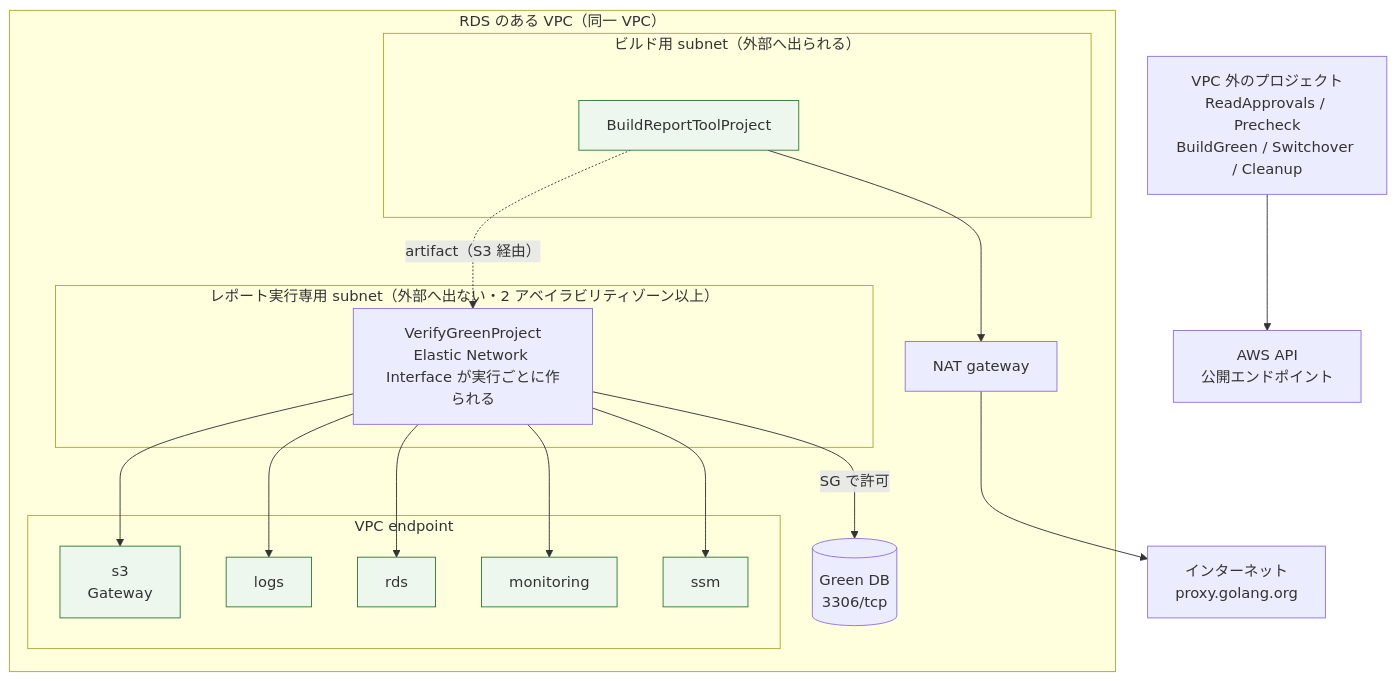
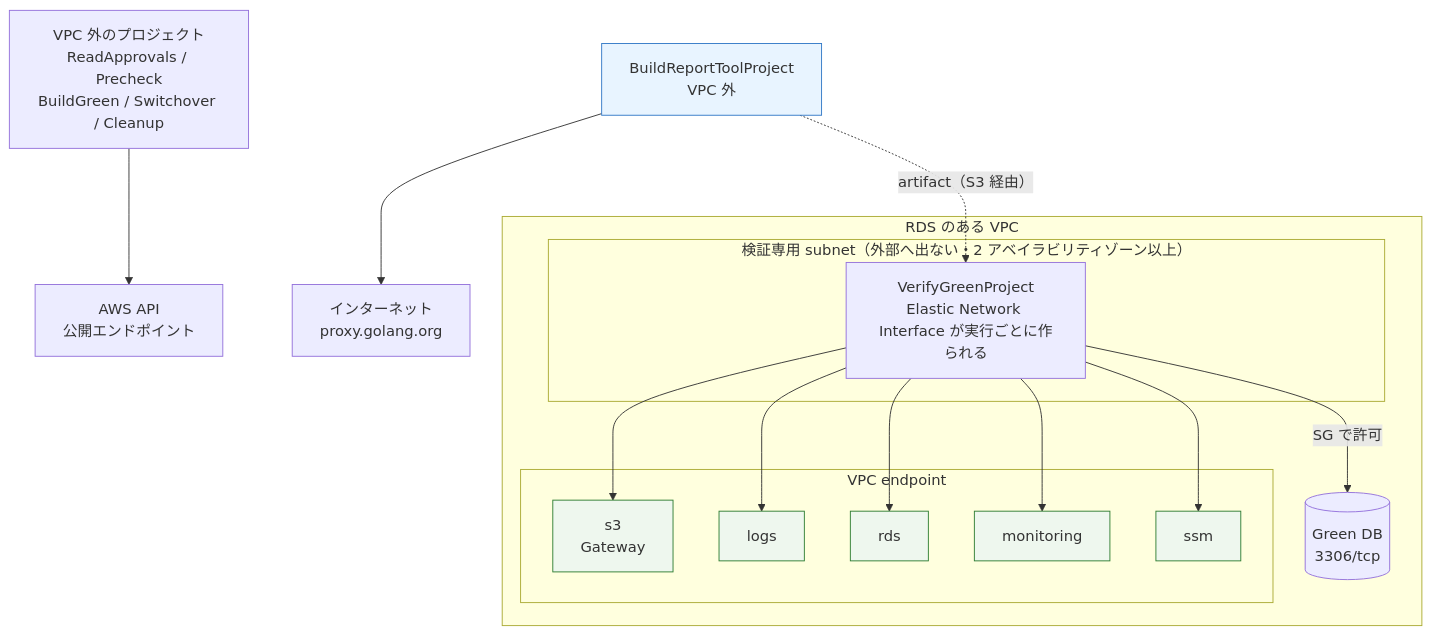
Before and after one commit to rxsxkxd/pk: the fifth of 7 diagrams in docs/rds_mysql_upgrade/ci/verify-green-vpc-architecture.md, drawn with Mermaid. The commit also changed other lines of this file and 7 other files, not shown here.

````diff
--- a/docs/rds_mysql_upgrade/ci/verify-green-vpc-architecture.md
+++ b/docs/rds_mysql_upgrade/ci/verify-green-vpc-architecture.md
@@ -105,40 +102,38 @@
 ```mermaid
 flowchart TB
     OTHERS["VPC 外のプロジェクト<br/>ReadApprovals / Precheck<br/>BuildGreen / Switchover / Cleanup"]
     PUB["AWS API<br/>公開エンドポイント"]
     OTHERS --> PUB
 
-    subgraph vpc["RDS のある VPC（同一 VPC）"]
-        subgraph buildsub["ビルド用 subnet（外部へ出られる）"]
-            BRT["BuildReportToolProject"]
-        end
-        NAT["NAT gateway"]
-        subgraph private["レポート実行専用 subnet（外部へ出ない・2 アベイラビリティゾーン以上）"]
+    BRT["BuildReportToolProject<br/>VPC 外"]
+    INET["インターネット<br/>proxy.golang.org"]
+    BRT --> INET
+
+    subgraph vpc["RDS のある VPC"]
+        subgraph private["検証専用 subnet（外部へ出ない・2 アベイラビリティゾーン以上）"]
             VG["VerifyGreenProject<br/>Elastic Network Interface が実行ごとに作られる"]
         end
         subgraph endpoints["VPC endpoint"]
             EPS3["s3<br/>Gateway"]
             EPLOG["logs"]
             EPRDS["rds"]
             EPMON["monitoring"]
             EPSSM["ssm"]
         end
         RDS[("Green DB<br/>3306/tcp")]
     end
 
-    INET["インターネット<br/>proxy.golang.org"]
-    BRT --> NAT --> INET
     BRT -.->|"artifact（S3 経由）"| VG
 
     VG --> EPS3
     VG --> EPLOG
     VG --> EPRDS
     VG --> EPMON
     VG --> EPSSM
     VG -->|"SG で許可"| RDS
 
     classDef ep fill:#eef7ee,stroke:#2e7d32
-    classDef build fill:#eef7ee,stroke:#2e7d32
+    classDef outside fill:#e8f4ff,stroke:#3178c6
     class EPS3,EPLOG,EPRDS,EPMON,EPSSM ep
-    class BRT build
+    class BRT outside
 ```
````
